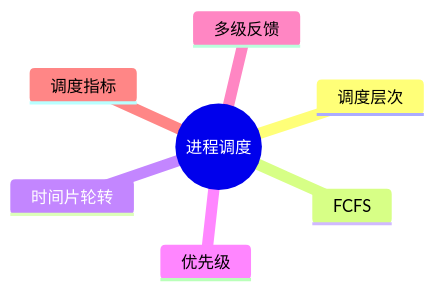
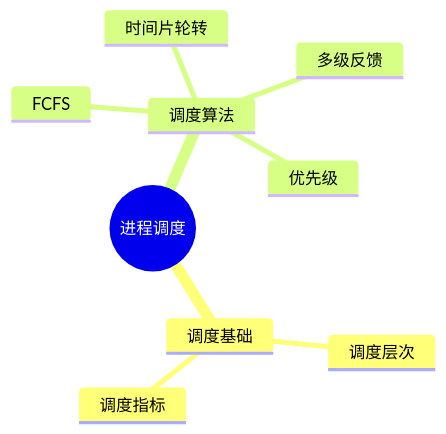
The first of 2 diagrams in docs/ruankao/system-architect/chapters/chapter-02/06-process-scheduling.md (skylonely/sgao-website), drawn with Mermaid before and after one commit. The commit also changed other lines of this file and 39 other files, not shown here.

Commit message:
fix: Mermaid 思维导图

````diff
--- a/docs/ruankao/system-architect/chapters/chapter-02/06-process-scheduling.md
+++ b/docs/ruankao/system-architect/chapters/chapter-02/06-process-scheduling.md
@@ -34,10 +34,12 @@
 ```mermaid
 mindmap
   root((进程调度))
-    调度层次
-    FCFS
-    时间片轮转
-    优先级
-    多级反馈
-    调度指标
+    调度基础
+      调度层次
+      调度指标
+    调度算法
+      FCFS
+      时间片轮转
+      优先级
+      多级反馈
 ```
````
